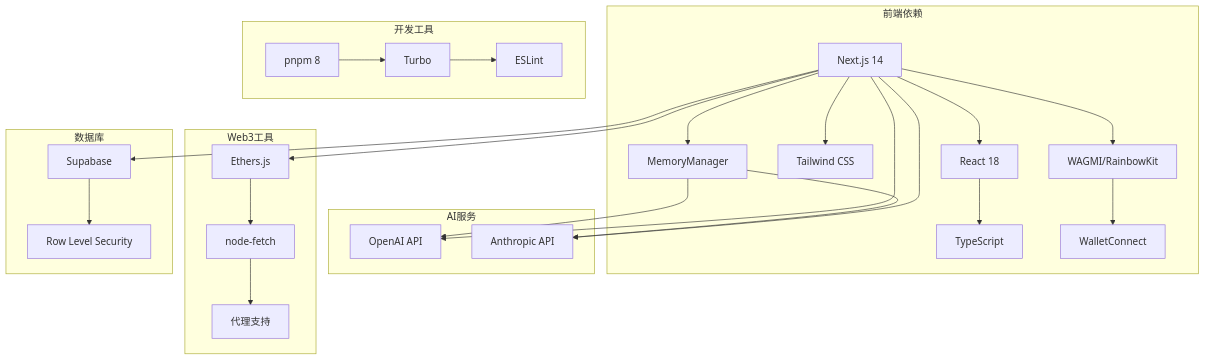
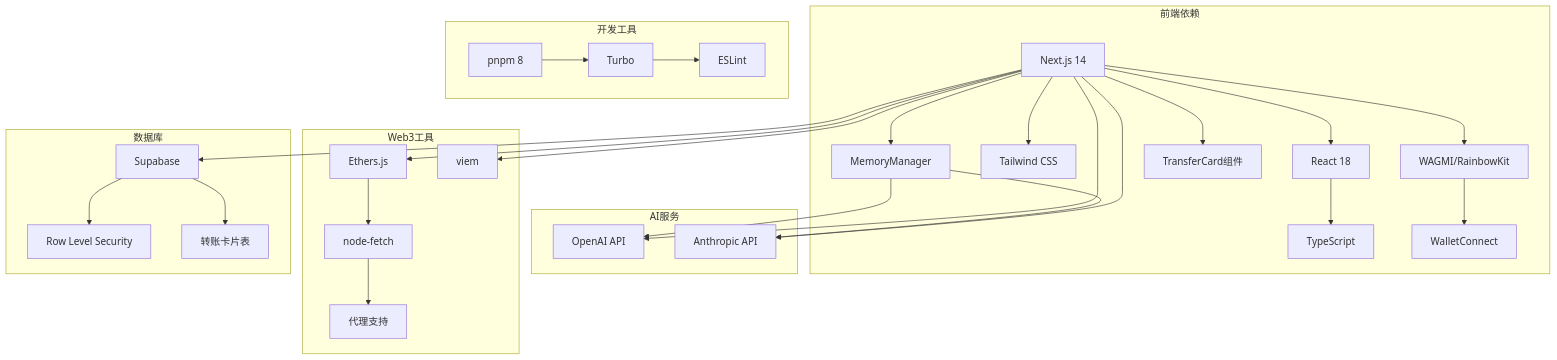
Before and after one commit to CryptoLinxu/Web3-AI-Agent: diagram 19 of 35 in .qoder/repowiki/zh/content/核心技能详解/SSE流式聊天系统.md, drawn with Mermaid. The commit also changed other lines of this file and 7 other files, not shown here.

````diff
--- a/.qoder/repowiki/zh/content/核心技能详解/SSE流式聊天系统.md
+++ b/.qoder/repowiki/zh/content/核心技能详解/SSE流式聊天系统.md
@@ -643,47 +884,54 @@
 ```mermaid
 graph TB
 subgraph "前端依赖"
 NEXT[Next.js 14]
 REACT[React 18]
 TS[TypeScript]
 TAILWIND[Tailwind CSS]
 MEMORY[MemoryManager]
 WALLET[WAGMI/RainbowKit]
 ENDPOINT[WalletConnect]
+TRANSFER[TransferCard组件]
+ENDPOINT[WalletConnect]
 end
 subgraph "AI服务"
 OPENAI[OpenAI API]
 ANTHROPIC[Anthropic API]
 end
 subgraph "Web3工具"
 ETHERS[Ethers.js]
 FETCH[node-fetch]
 PROXY[代理支持]
+VIEM[viem]
 end
 subgraph "数据库"
 SUPABASE[Supabase]
 RLS[Row Level Security]
+TRANSFERS[转账卡片表]
 end
 subgraph "开发工具"
 PNPM[pnpm 8]
 TURBO[Turbo]
 ESLINT[ESLint]
 end
 NEXT --> REACT
 REACT --> TS
 NEXT --> TAILWIND
 NEXT --> MEMORY
 NEXT --> WALLET
 NEXT --> SUPABASE
+NEXT --> TRANSFER
 MEMORY --> OPENAI
 MEMORY --> ANTHROPIC
 WALLET --> ENDPOINT
 SUPABASE --> RLS
+SUPABASE --> TRANSFERS
 NEXT --> OPENAI
 NEXT --> ANTHROPIC
 NEXT --> ETHERS
+NEXT --> VIEM
 ETHERS --> FETCH
 FETCH --> PROXY
 PNPM --> TURBO
 TURBO --> ESLINT
 ```
````
